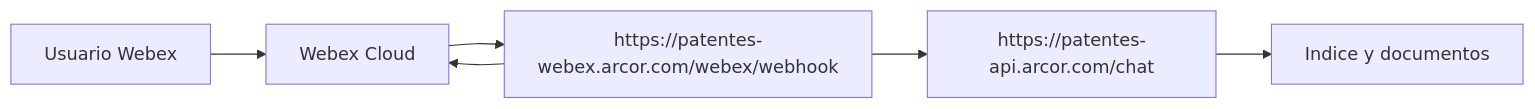
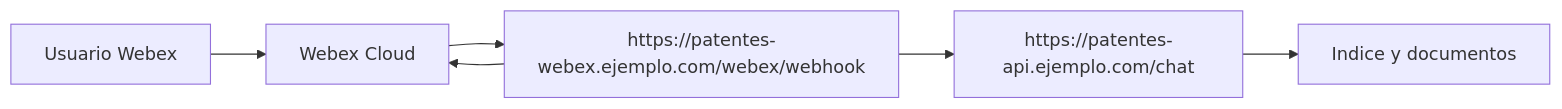
Before and after one commit to MetalFaq/Patentes: the diagram in doc/ENDPOINTS_PUBLICOS_ESTABLES.md, drawn with Mermaid. The commit also changed other lines of this file and 10 other files, not shown here.

````diff
--- a/doc/ENDPOINTS_PUBLICOS_ESTABLES.md
+++ b/doc/ENDPOINTS_PUBLICOS_ESTABLES.md
@@ -218,8 +218,8 @@
 ```mermaid
 flowchart LR
     U[Usuario Webex] --> W[Webex Cloud]
-    W --> A[https://patentes-webex.arcor.com/webex/webhook]
-    A --> B[https://patentes-api.arcor.com/chat]
+    W --> A[https://patentes-webex.ejemplo.com/webex/webhook]
+    A --> B[https://patentes-api.ejemplo.com/chat]
     B --> D[Indice y documentos]
     A --> W
 ```
````
